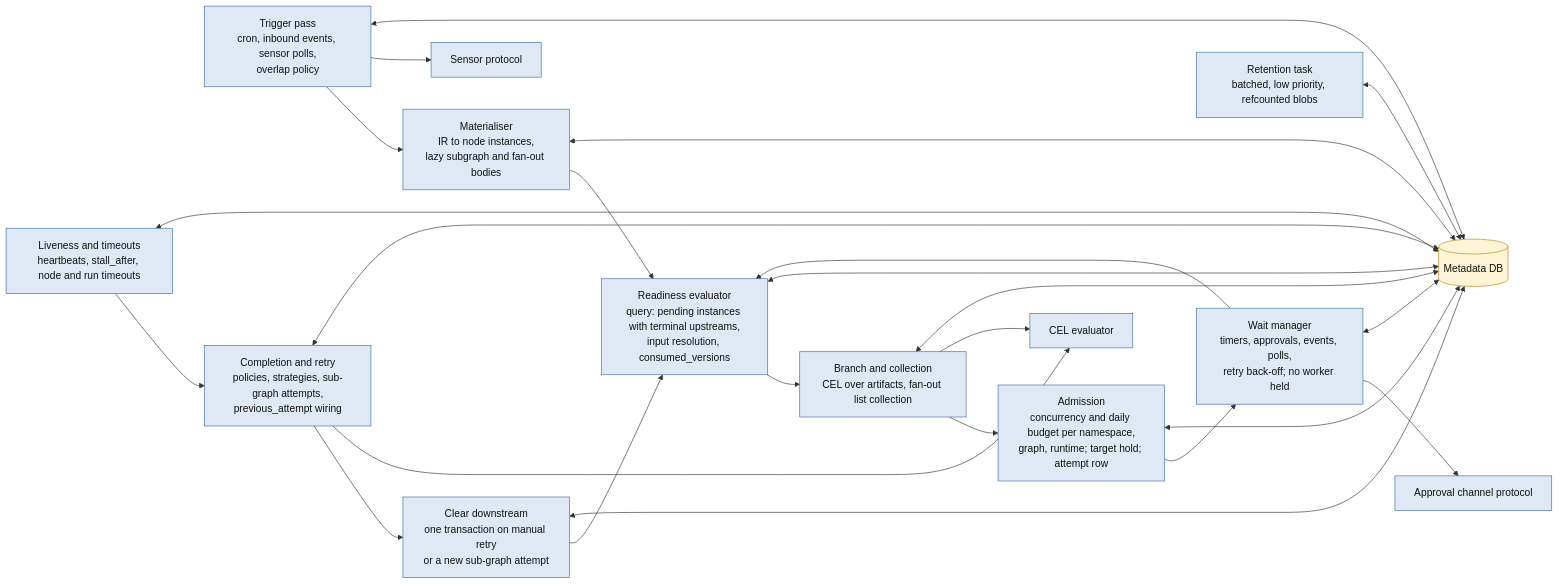
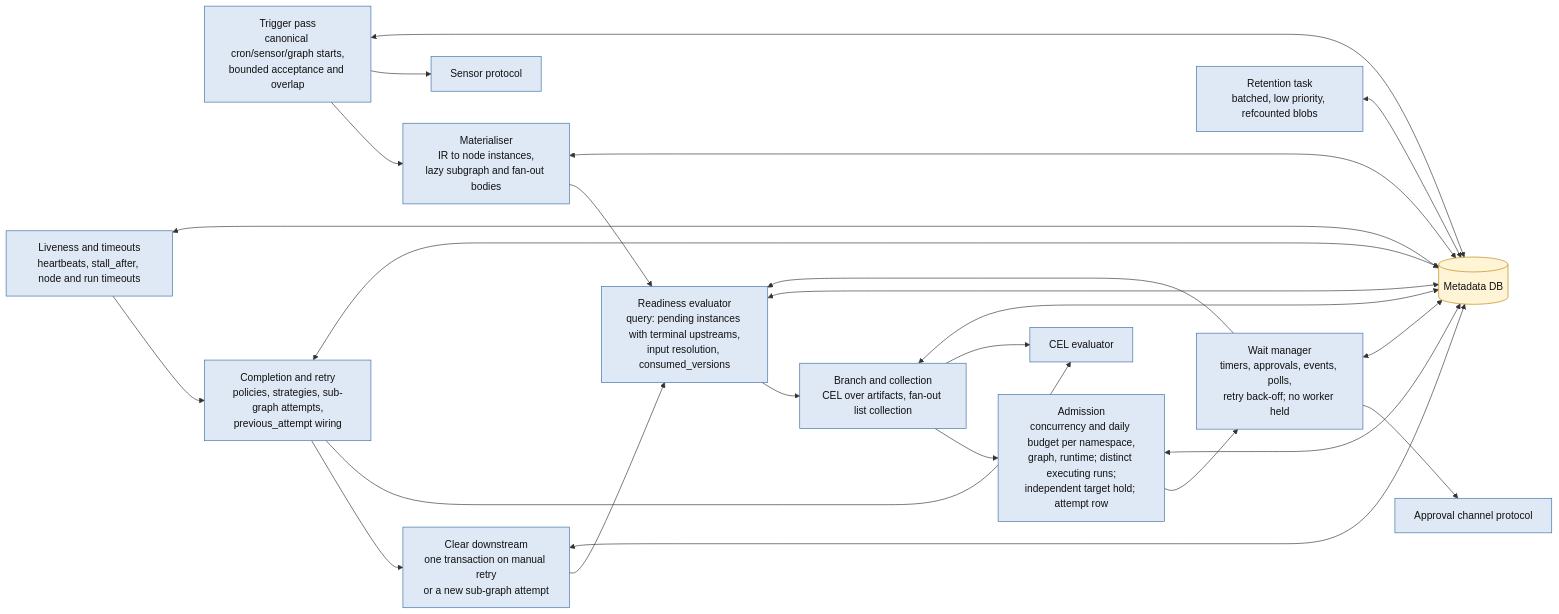
Before and after one commit to realkarych/kora: the third of 6 diagrams in knowledge/architecture/detailed.md, drawn with Mermaid. The commit also changed other lines of this file and 14 other files, not shown here.

````diff
--- a/knowledge/architecture/detailed.md
+++ b/knowledge/architecture/detailed.md
@@ -125,30 +125,30 @@
 ```mermaid
 flowchart LR
     classDef c fill:#dfe9f5,stroke:#3b6ea5,color:#111
     classDef store fill:#fff4d6,stroke:#b8860b,color:#111
 
     DB[(Metadata DB)]:::store
-    T[Trigger pass<br/>cron, inbound events, sensor polls,<br/>overlap policy]:::c
+    T[Trigger pass<br/>canonical cron/sensor/graph starts,<br/>bounded acceptance and overlap]:::c
     M[Materialiser<br/>IR to node instances,<br/>lazy subgraph and fan-out bodies]:::c
     R[Readiness evaluator<br/>query: pending instances with terminal upstreams,<br/>input resolution, consumed_versions]:::c
     B[Branch and collection<br/>CEL over artifacts, fan-out list collection]:::c
-    A[Admission<br/>concurrency and daily budget per namespace,<br/>graph, runtime; target hold; attempt row]:::c
+    A[Admission<br/>concurrency and daily budget per namespace,<br/>graph, runtime; distinct executing runs;<br/>independent target hold; attempt row]:::c
     W[Wait manager<br/>timers, approvals, events, polls,<br/>retry back-off; no worker held]:::c
     L[Liveness and timeouts<br/>heartbeats, stall_after, node and run timeouts]:::c
     C[Completion and retry<br/>policies, strategies, sub-graph attempts,<br/>previous_attempt wiring]:::c
     I[Clear downstream<br/>one transaction on manual retry<br/>or a new sub-graph attempt]:::c
     RET[Retention task<br/>batched, low priority, refcounted blobs]:::c
     CEL[CEL evaluator]:::c
     SEN[Sensor protocol]:::c
     APR[Approval channel protocol]:::c
 
     T --> M --> R --> B --> A
     A --> W
     W --> R
     L --> C --> I --> R
     T --> SEN
     W --> APR
     B --> CEL
     C --> CEL
     T & M & R & B & A & W & L & C & I & RET <--> DB
 ```
````
